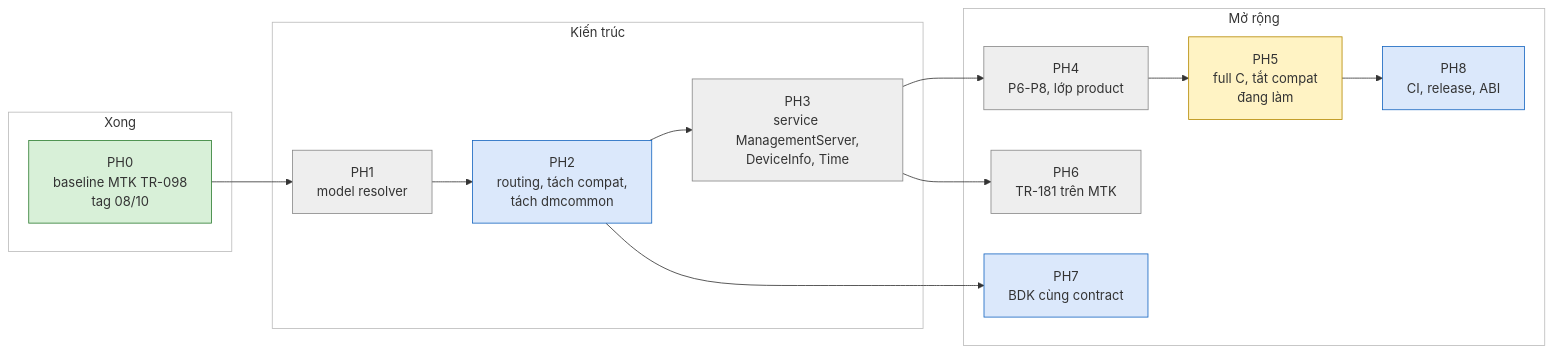
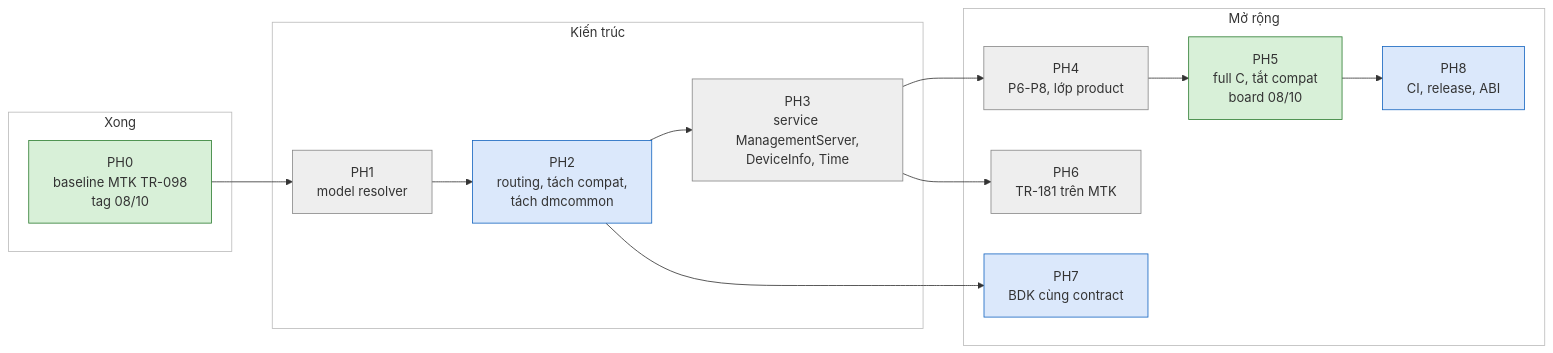
One commit to tunguyenvanbn94/icwmpMultiSdk changed the diagram in docs/handover/icwmp_progress_matrix.md. Above: the diagram before and after it, drawn with Mermaid. The commit also changed other lines of this file and 3 other files, not shown here.

Commit message:
docs: PH5 on the board with 0104, parity PASS compat-off, K28 fixed (analysis 65.2)

````diff
--- a/docs/handover/icwmp_progress_matrix.md
+++ b/docs/handover/icwmp_progress_matrix.md
@@ -17,34 +17,34 @@
 ```mermaid
 flowchart LR
     subgraph NOW["Xong"]
         PH0["PH0<br/>baseline MTK TR-098<br/>tag 08/10"]
     end
     subgraph NEXT["Kiến trúc"]
         PH1["PH1<br/>model resolver"]
         PH2["PH2<br/>routing, tách compat,<br/>tách dmcommon"]
         PH3["PH3<br/>service ManagementServer,<br/>DeviceInfo, Time"]
     end
     subgraph LATER["Mở rộng"]
         PH4["PH4<br/>P6-P8, lớp product"]
-        PH5["PH5<br/>full C, tắt compat<br/>đang làm"]
+        PH5["PH5<br/>full C, tắt compat<br/>board 08/10"]
         PH6["PH6<br/>TR-181 trên MTK"]
         PH7["PH7<br/>BDK cùng contract"]
         PH8["PH8<br/>CI, release, ABI"]
     end
     PH0 --> PH1 --> PH2 --> PH3 --> PH4 --> PH5
     PH3 --> PH6
     PH2 --> PH7
     PH5 --> PH8
     style NOW fill:#ffffff,stroke:#bbbbbb
     style NEXT fill:#ffffff,stroke:#bbbbbb
     style LATER fill:#ffffff,stroke:#bbbbbb
     style PH0 fill:#d8f0d8,stroke:#2e7d32
     style PH2 fill:#dbe8fb,stroke:#1565c0
     style PH7 fill:#dbe8fb,stroke:#1565c0
     style PH8 fill:#dbe8fb,stroke:#1565c0
     style PH1 fill:#eeeeee,stroke:#888888
     style PH3 fill:#eeeeee,stroke:#888888
     style PH4 fill:#eeeeee,stroke:#888888
-    style PH5 fill:#fff3c4,stroke:#b58900
+    style PH5 fill:#d8f0d8,stroke:#2e7d32
     style PH6 fill:#eeeeee,stroke:#888888
 ```
````
